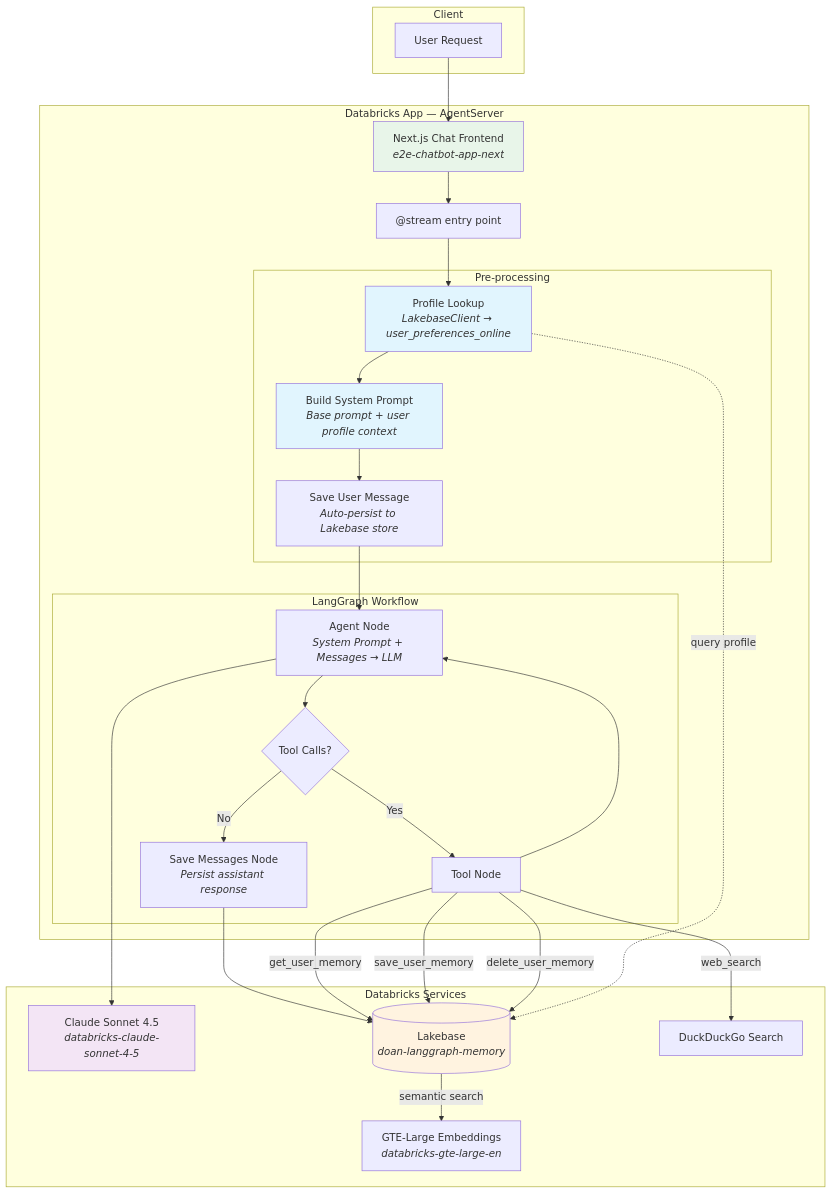
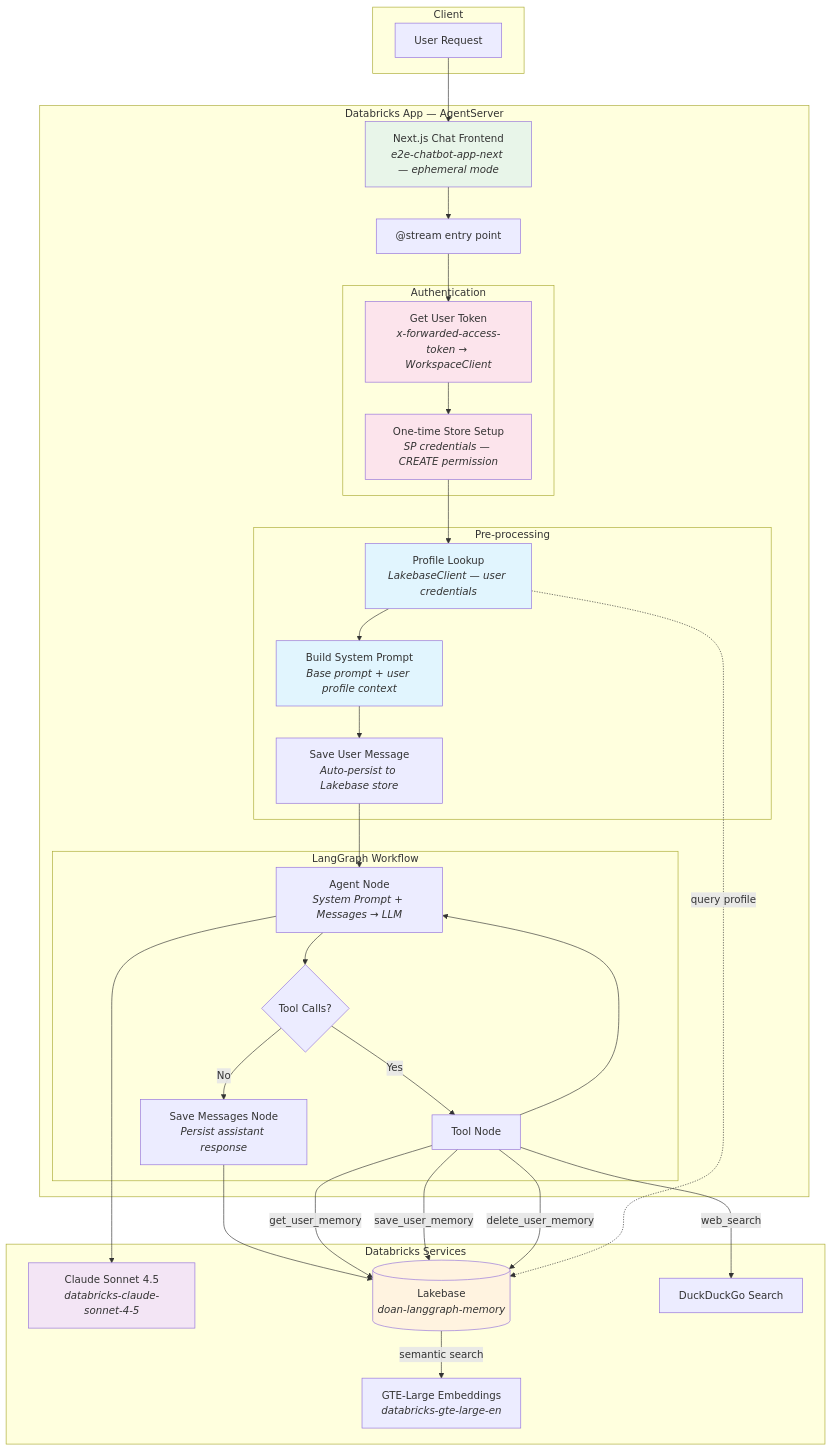
One commit to bendoan-db/stateful-agent-lakebase changed the first of 2 diagrams in README.md. Above: the diagram before and after it, drawn with Mermaid. The commit also changed other lines of this file and 7 other files, not shown here.

````diff
--- a/README.md
+++ b/README.md
@@ -9,59 +9,68 @@
 ```mermaid
 graph TB
     subgraph Client
         U[User Request]
     end
 
     subgraph "Databricks App — AgentServer"
-        FE[Next.js Chat Frontend<br/><i>e2e-chatbot-app-next</i>]
+        FE[Next.js Chat Frontend<br/><i>e2e-chatbot-app-next — ephemeral mode</i>]
         SS["@stream entry point"]
 
+        subgraph "Authentication"
+            OBO[Get User Token<br/><i>x-forwarded-access-token → WorkspaceClient</i>]
+            SETUP[One-time Store Setup<br/><i>SP credentials — CREATE permission</i>]
+        end
+
         subgraph "Pre-processing"
-            PL[Profile Lookup<br/><i>LakebaseClient → user_preferences_online</i>]
+            PL[Profile Lookup<br/><i>LakebaseClient — user credentials</i>]
             BP[Build System Prompt<br/><i>Base prompt + user profile context</i>]
             SM[Save User Message<br/><i>Auto-persist to Lakebase store</i>]
         end
 
         subgraph "LangGraph Workflow"
             A[Agent Node<br/><i>System Prompt + Messages → LLM</i>]
             TC{Tool Calls?}
             TN[Tool Node]
             SV[Save Messages Node<br/><i>Persist assistant response</i>]
         end
     end
 
     subgraph "Databricks Services"
         LLM[Claude Sonnet 4.5<br/><i>databricks-claude-sonnet-4-5</i>]
         EMB[GTE-Large Embeddings<br/><i>databricks-gte-large-en</i>]
         LB[(Lakebase<br/><i>doan-langgraph-memory</i>)]
         DDG[DuckDuckGo Search]
     end
 
     U --> FE
     FE --> SS
-    SS --> PL
+    SS --> OBO
+    OBO --> SETUP
+    SETUP --> PL
     PL --> BP
     BP --> SM
     SM --> A
 
     A --> LLM
     A --> TC
     TC -- "Yes" --> TN
     TC -- "No" --> SV
     TN --> A
     SV --> LB
 
     TN -- "get_user_memory" --> LB
     TN -- "save_user_memory" --> LB
     TN -- "delete_user_memory" --> LB
     TN -- "web_search" --> DDG
     LB -- "semantic search" --> EMB
 
     PL -. "query profile" .-> LB
 
     style FE fill:#e8f5e9
+    style OBO fill:#fce4ec
+    style SETUP fill:#fce4ec
     style PL fill:#e1f5fe
     style BP fill:#e1f5fe
     style LB fill:#fff3e0
     style LLM fill:#f3e5f5
 ```
````
